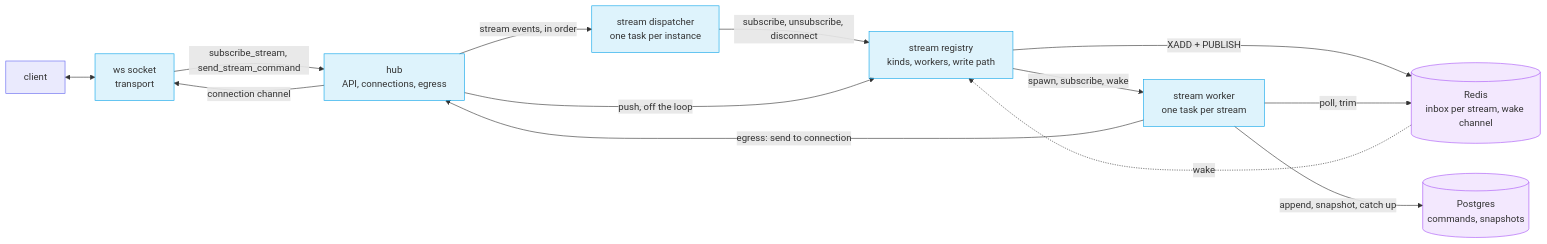
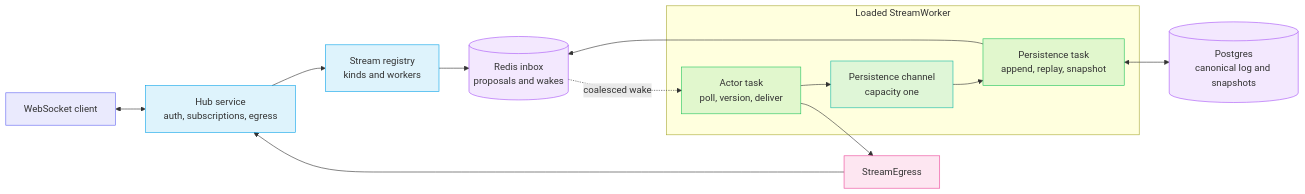
Before and after one commit to gzp79/shine-services: the first of 5 diagrams in docs/services/builder/hub.md, drawn with Mermaid. The commit also changed other lines of this file and 21 other files, not shown here.

````diff
--- a/docs/services/builder/hub.md
+++ b/docs/services/builder/hub.md
@@ -15,28 +15,32 @@
 ```mermaid
 flowchart LR
     classDef indigo fill:#6366f122,stroke:#6366f1
+    classDef teal fill:#14b8a622,stroke:#14b8a6
     classDef blue fill:#0ea5e922,stroke:#0ea5e9
+    classDef green fill:#22c55e22,stroke:#22c55e
     classDef violet fill:#a855f722,stroke:#a855f7
+    classDef pink fill:#ec489922,stroke:#ec4899
 
-    Client["client"]:::indigo
-    Socket["ws socket<br/>transport"]:::blue
-    Hub["hub<br/>API, connections, egress"]:::blue
-    Disp["stream dispatcher<br/>one task per instance"]:::blue
-    Reg["stream registry<br/>kinds, workers, write path"]:::blue
-    Worker["stream worker<br/>one task per stream"]:::blue
-    Inbox[("Redis<br/>inbox per stream, wake channel")]:::violet
-    PG[("Postgres<br/>commands, snapshots")]:::violet
+    Client["WebSocket client"]:::indigo
+    Hub["Hub service<br/>auth, subscriptions, egress"]:::blue
+    Registry["Stream registry<br/>kinds and workers"]:::blue
+    Inbox[("Redis inbox<br/>proposals and wakes")]:::violet
 
-    Client <--> Socket
-    Socket -- "subscribe_stream, send_stream_command" --> Hub
-    Hub -- "stream events, in order" --> Disp
-    Disp -- "subscribe, unsubscribe, disconnect" --> Reg
-    Hub -- "push, off the loop" --> Reg
-    Reg -- "XADD + PUBLISH" --> Inbox
-    Inbox -. "wake" .-> Reg
-    Reg -- "spawn, subscribe, wake" --> Worker
-    Worker -- "poll, trim" --> Inbox
-    Worker -- "append, snapshot, catch up" --> PG
-    Worker -- "egress: send to connection" --> Hub
-    Hub -- "connection channel" --> Socket
+    subgraph Worker["Loaded StreamWorker"]
+        Actor["Actor task<br/>poll, version, deliver"]:::green
+        Queue["Persistence channel<br/>capacity one"]:::teal
+        Durable["Persistence task<br/>append, replay, snapshot"]:::green
+    end
+
+    Log[("Postgres<br/>canonical log and snapshots")]:::violet
+    Egress["StreamEgress"]:::pink
+
+    Client <--> Hub
+    Hub --> Registry
+    Registry --> Inbox
+    Inbox -. "coalesced wake" .-> Actor
+    Actor --> Queue --> Durable
+    Durable <--> Log
+    Durable --> Inbox
+    Actor --> Egress --> Hub
 ```
````
